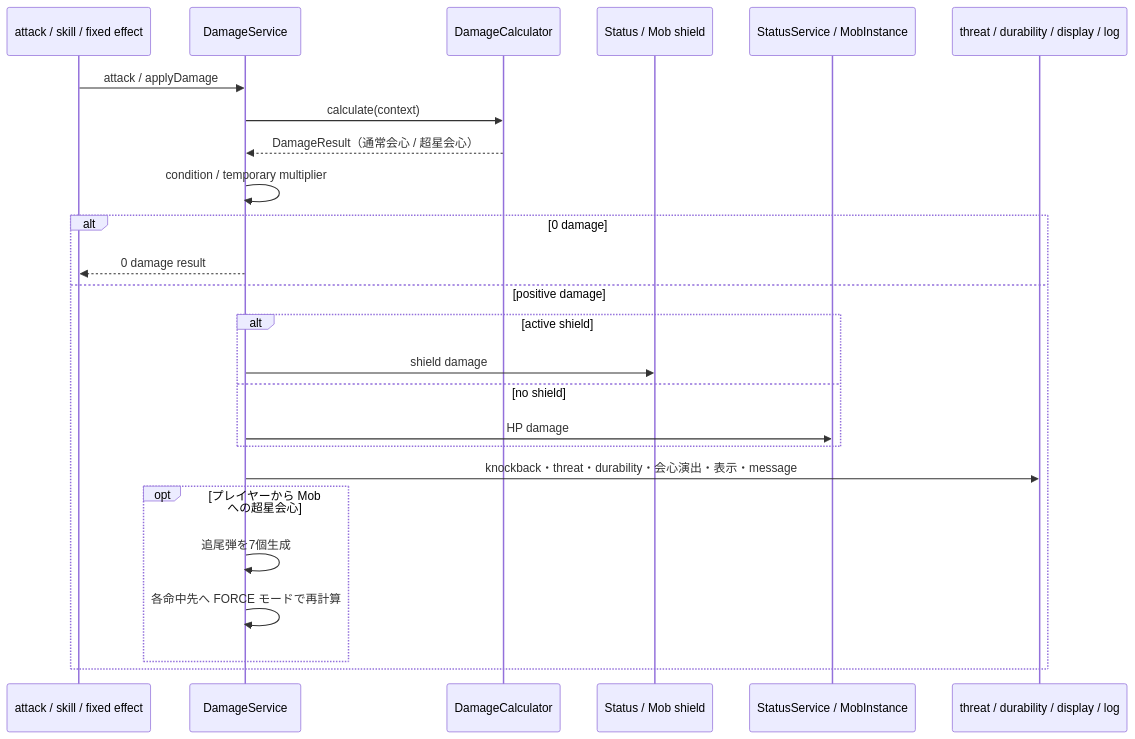
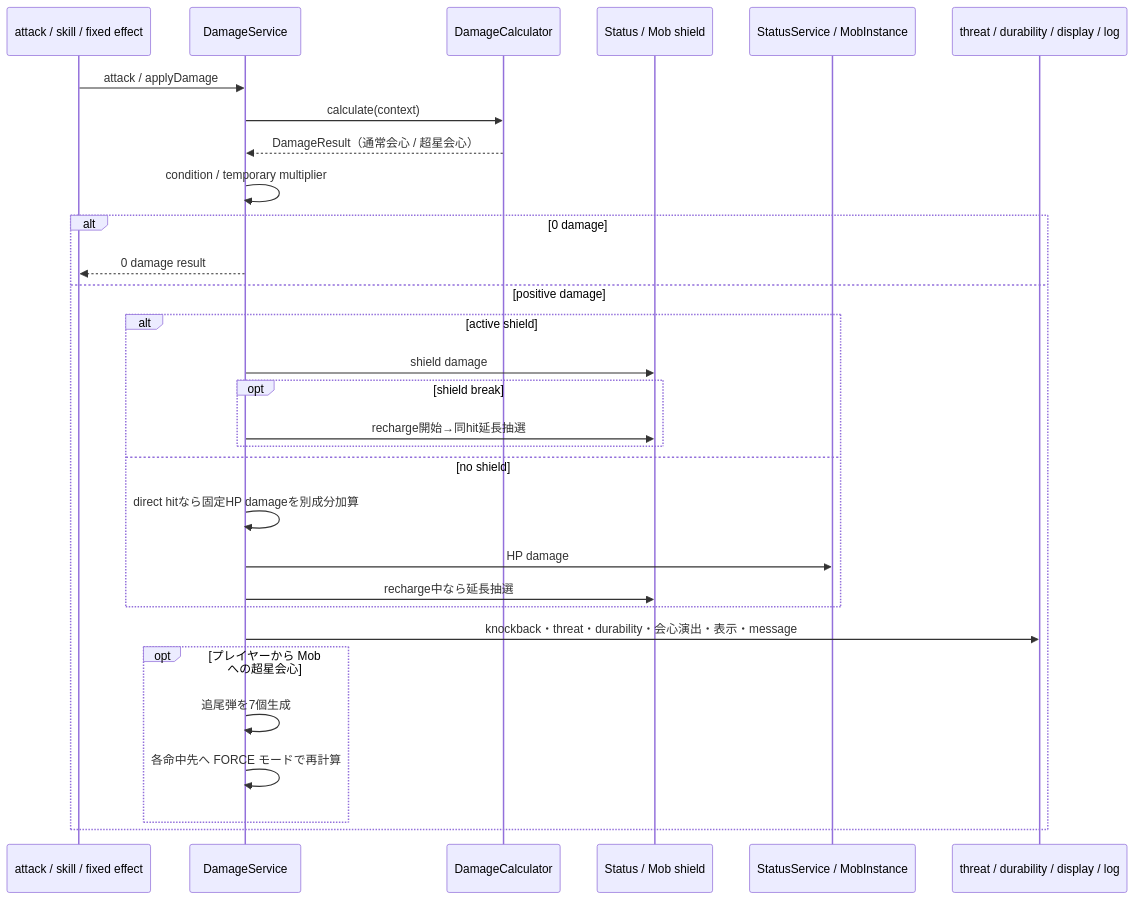
One commit to maaasu/AstralRecord-Workspace changed the second of 3 diagrams in 00_docs/10_Plugin設計書/feature/14-combat/14_4-統合フロー.md. Above: the diagram before and after it, drawn with Mermaid. The commit also changed other lines of this file and 48 other files, not shown here.

````diff
--- a/00_docs/10_Plugin設計書/feature/14-combat/14_4-統合フロー.md
+++ b/00_docs/10_Plugin設計書/feature/14-combat/14_4-統合フロー.md
@@ -45,28 +45,33 @@
 ```mermaid
 sequenceDiagram
     participant Source as attack / skill / fixed effect
     participant Service as DamageService
     participant Calc as DamageCalculator
     participant Shield as Status / Mob shield
     participant HP as StatusService / MobInstance
     participant Side as threat / durability / display / log
 
     Source->>Service: attack / applyDamage
     Service->>Calc: calculate(context)
     Calc-->>Service: DamageResult（通常会心 / 超星会心）
     Service->>Service: condition / temporary multiplier
     alt 0 damage
         Service-->>Source: 0 damage result
     else positive damage
         alt active shield
             Service->>Shield: shield damage
+            opt shield break
+                Service->>Shield: recharge開始→同hit延長抽選
+            end
         else no shield
+            Service->>Service: direct hitなら固定HP damageを別成分加算
             Service->>HP: HP damage
+            Service->>Shield: recharge中なら延長抽選
         end
         Service->>Side: knockback・threat・durability・会心演出・表示・message
         opt プレイヤーから Mob への超星会心
             Service->>Service: 追尾弾を7個生成
             Service->>Service: 各命中先へ FORCE モードで再計算
         end
     end
 ```
````
